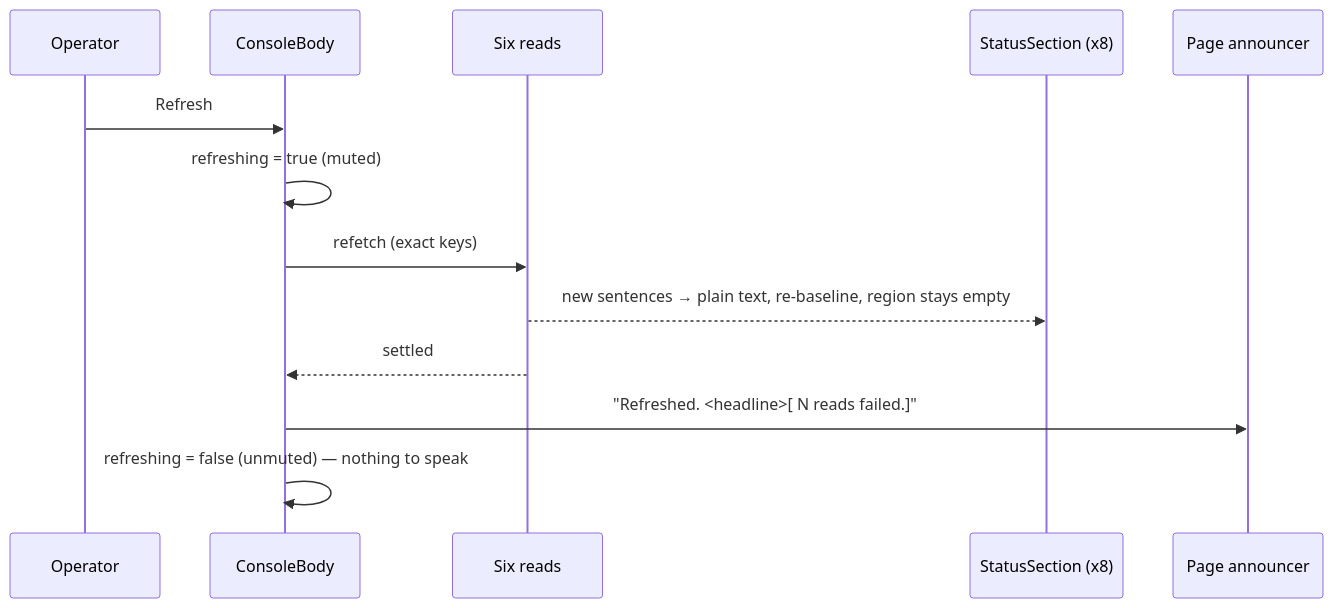
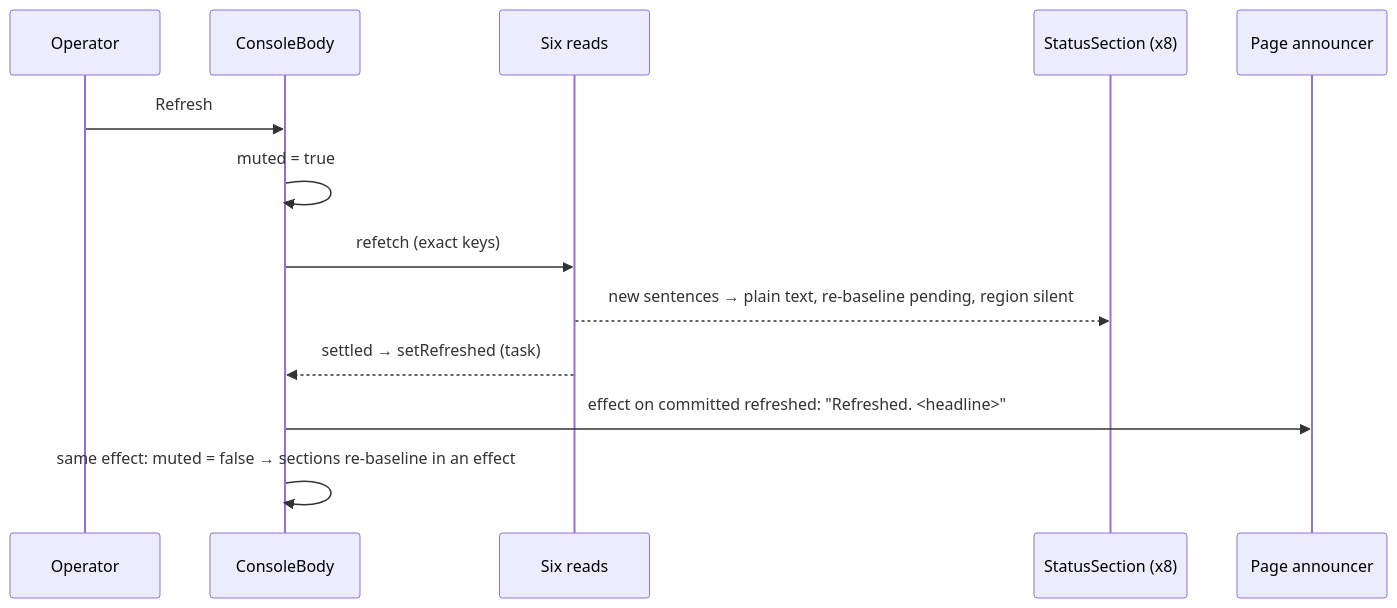
One commit to HuttonHomeHub/SchedulePoint_1 changed the second of 3 diagrams in docs/specs/estate-polish-oct/feature-spec.md. Above: the diagram before and after it, drawn with Mermaid. The commit also changed other lines of this file and 1 other file, not shown here.

````diff
--- a/docs/specs/estate-polish-oct/feature-spec.md
+++ b/docs/specs/estate-polish-oct/feature-spec.md
@@ -241,15 +243,15 @@
 ```mermaid
 sequenceDiagram
   participant U as Operator
   participant CB as ConsoleBody
   participant Q as Six reads
   participant SS as StatusSection (x8)
   participant A as Page announcer
   U->>CB: Refresh
-  CB->>CB: refreshing = true (muted)
+  CB->>CB: muted = true
   CB->>Q: refetch (exact keys)
-  Q-->>SS: new sentences → plain text, re-baseline, region stays empty
-  Q-->>CB: settled
-  CB->>A: "Refreshed. <headline>[ N reads failed.]"
-  CB->>CB: refreshing = false (unmuted) — nothing to speak
+  Q-->>SS: new sentences → plain text, re-baseline pending, region silent
+  Q-->>CB: settled → setRefreshed (task)
+  CB->>A: effect on committed refreshed: "Refreshed. <headline>"
+  CB->>CB: same effect: muted = false → sections re-baseline in an effect
 ```
````
